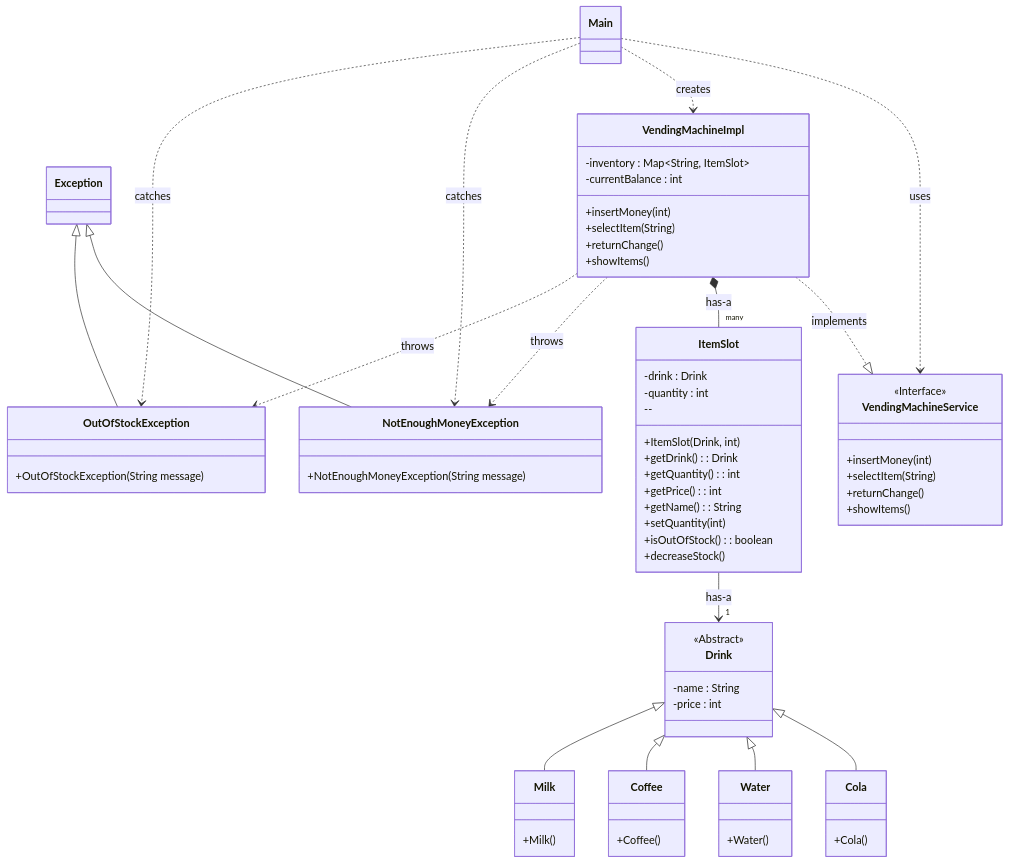
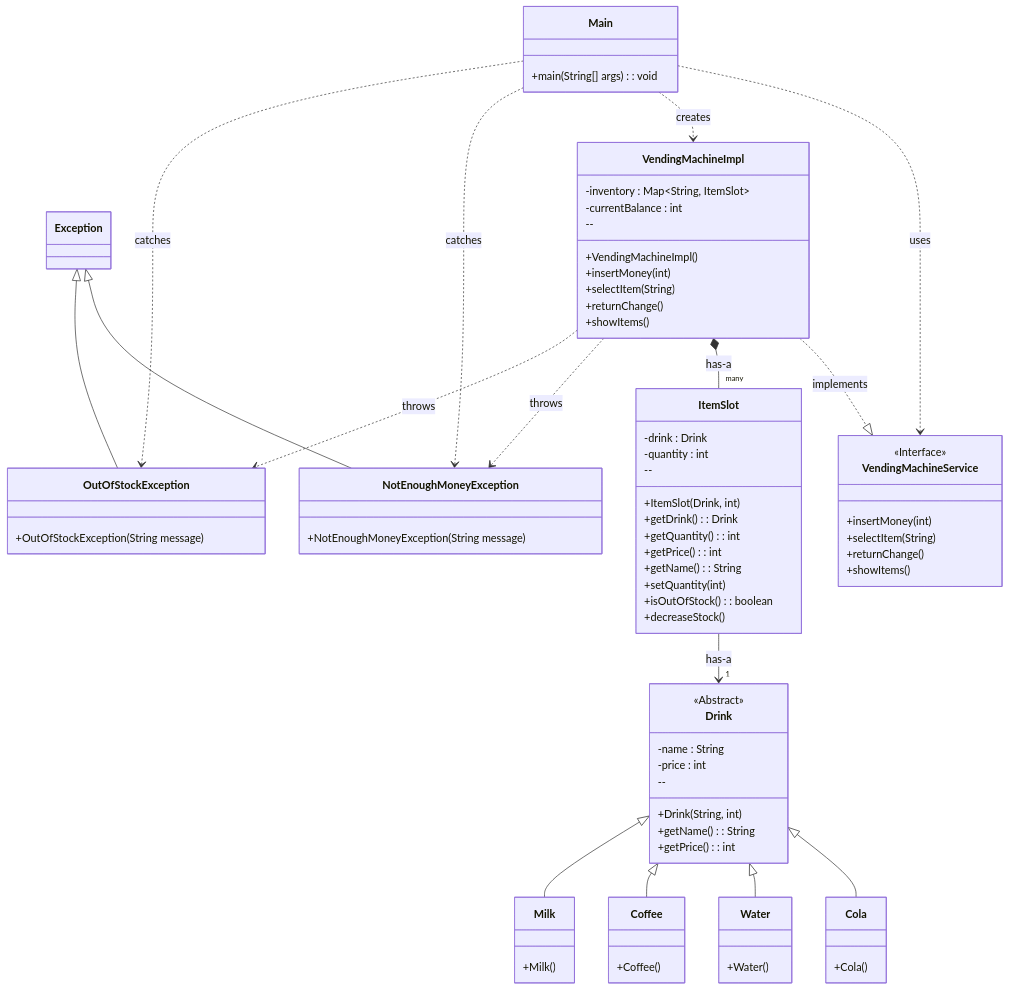
Before and after one commit to shanekang1/java-vending-machine: the diagram in README.md, drawn with Mermaid.

````diff
--- a/README.md
+++ b/README.md
@@ -25,7 +25,11 @@
 ```mermaid
 classDiagram
 
-    class Main
+    %% --- 지시사항 반영: Main 클래스 메서드 표기 ---
+    class Main {
+        +main(String[] args) : void
+    }
+
     class Exception
     class VendingMachineService {
         <<Interface>>
@@ -37,16 +41,26 @@
     class VendingMachineImpl {
         -inventory : Map~String, ItemSlot~
         -currentBalance : int
+        --
+        +VendingMachineImpl()
         +insertMoney(int)
         +selectItem(String)
         +returnChange()
         +showItems()
     }
+
+    %% --- 지시사항 반영: Drink 추상 클래스 메서드 표기 ---
     class Drink {
         <<Abstract>>
         -name : String
         -price : int
+        --
+        +Drink(String, int)
+        +getName() : String
+        +getPrice() : int
     }
+    
+    %% --- 지시사항 반영: ItemSlot 모든 메서드 표기 ---
     class ItemSlot {
         -drink : Drink
         -quantity : int
@@ -61,7 +75,8 @@
         +decreaseStock()
     }
 
-   class Cola {
+    %% --- 지시사항 반영: 모든 생성자 표기 ---
+    class Cola {
         +Cola()
     }
     class Water {
@@ -72,14 +87,14 @@
     }
     class Milk {
         +Milk()
+    }    
+    class NotEnoughMoneyException {
+        +NotEnoughMoneyException(String message)
+    }
+    class OutOfStockException {
+        +OutOfStockException(String message)
     }
     
-    class NotEnoughMoneyException {
-+NotEnoughMoneyException(String message)
-    }
-    class OutOfStockException {
-+OutOfStockException(String message)
-    }
     %% --- 1. Main dependency ---
     Main ..> VendingMachineService : uses
     Main ..> VendingMachineImpl : creates
````
